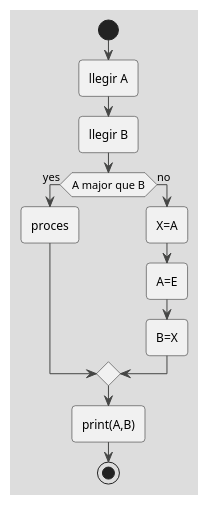
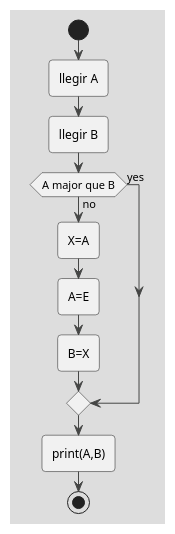
One commit to PereAntoni/TIC2 changed the first of 2 diagrams in problemes/diagrames.puml. Above: the diagram before and after it, drawn with PlantUML. The commit also changed other lines of this file and 11 other files, not shown here.

```diff
--- a/problemes/diagrames.puml
+++ b/problemes/diagrames.puml
@@ -1,15 +1,15 @@
 @startuml
 !theme toy
 start
     :llegir A;
     :llegir B;
     if (A major que B) then (yes)
-        :proces;
+
     else (no)
         :X=A;
         :A=E;
         :B=X;
     endif
     :print(A,B);
 stop
 @enduml
```
